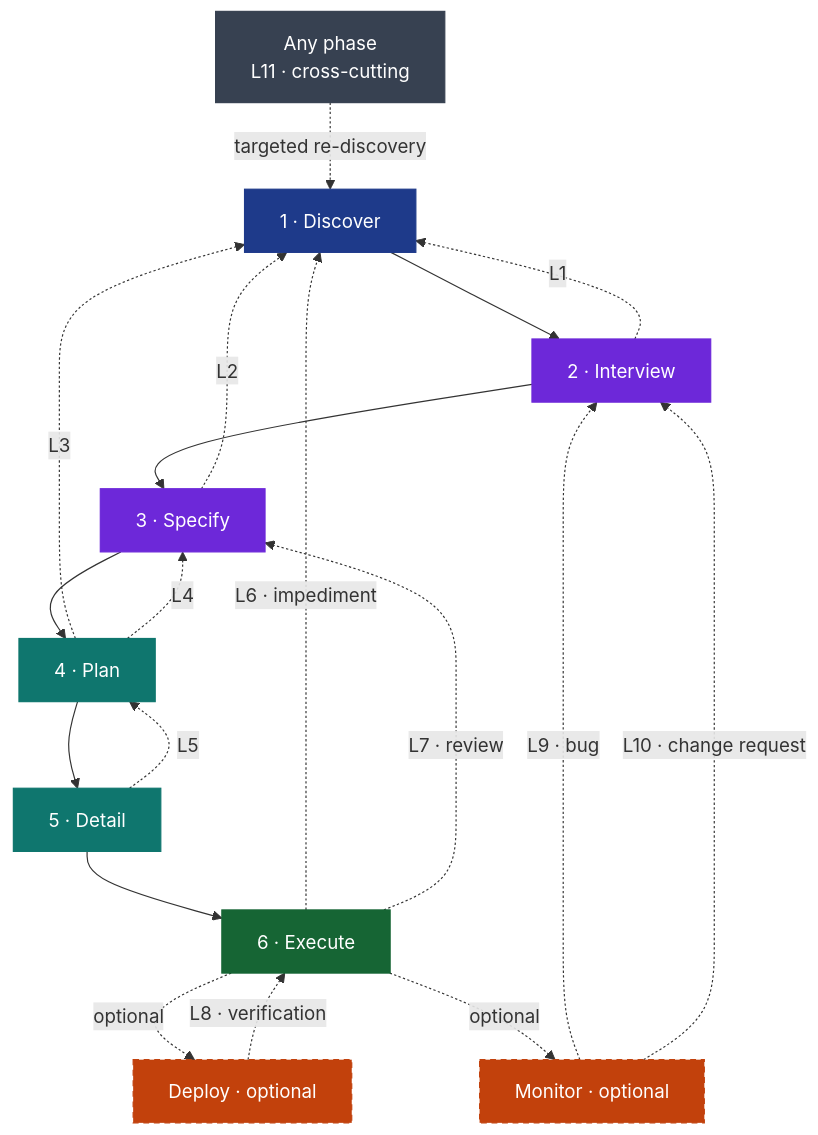
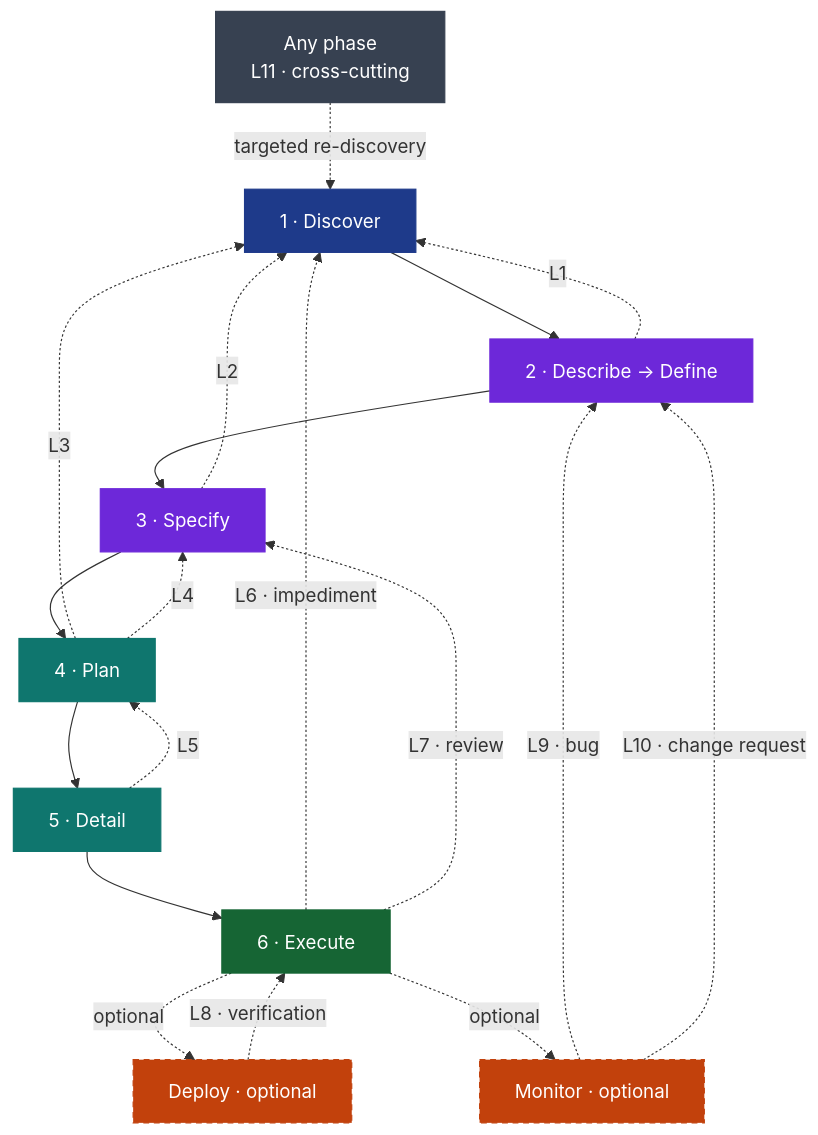
The sixth of 7 diagrams in docs/aid-methodology.md (AndreVianna/aid-methodology), drawn with Mermaid before and after one commit. The commit also changed other lines of this file and 26 other files, not shown here.

````diff
--- a/docs/aid-methodology.md
+++ b/docs/aid-methodology.md
@@ -881,34 +881,34 @@
 ```mermaid
 flowchart TB
     classDef prep    fill:#1E3A8A,stroke:#1E3A8A,color:#ffffff
     classDef def     fill:#6D28D9,stroke:#6D28D9,color:#ffffff
     classDef map     fill:#0F766E,stroke:#0F766E,color:#ffffff
     classDef exe     fill:#166534,stroke:#166534,color:#ffffff
     classDef delopt  fill:#C2410C,stroke:#C2410C,color:#ffffff,stroke-dasharray:5 4
     classDef offpipe fill:#374151,stroke:#374151,color:#ffffff
 
     D["1 · Discover"]:::prep
-    I["2 · Interview"]:::def
+    I["2 · Describe → Define"]:::def
     S["3 · Specify"]:::def
     P["4 · Plan"]:::map
     Dt["5 · Detail"]:::map
     E["6 · Execute"]:::exe
     Dp["Deploy · optional"]:::delopt
     M["Monitor · optional"]:::delopt
     Any["Any phase<br/>L11 · cross-cutting"]:::offpipe
 
     D --> I --> S --> P --> Dt --> E
     E  -. "optional" .-> Dp
     E  -. "optional" .-> M
     I  -. "L1" .-> D
     S  -. "L2" .-> D
     P  -. "L3" .-> D
     P  -. "L4" .-> S
     Dt -. "L5" .-> P
     E  -. "L6 · impediment" .-> D
     E  -. "L7 · review" .-> S
     Dp -. "L8 · verification" .-> E
     M  -. "L9 · bug" .-> I
     M  -. "L10 · change request" .-> I
     Any -. "targeted re-discovery" .-> D
 ```
````
